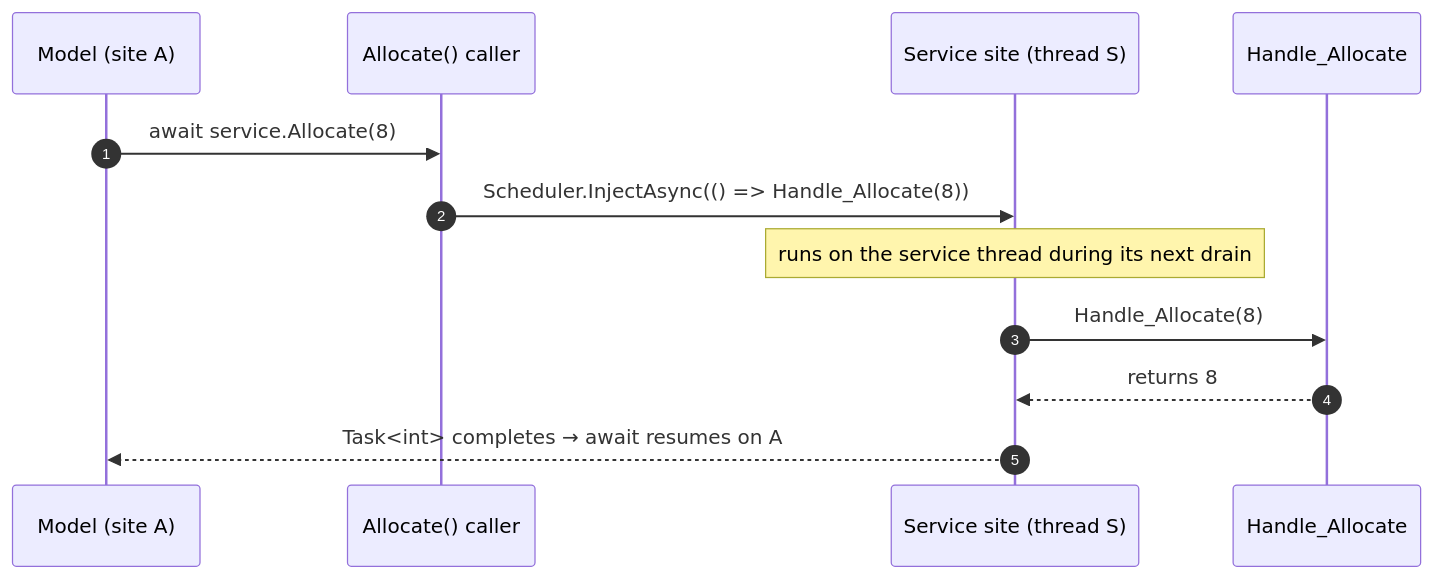
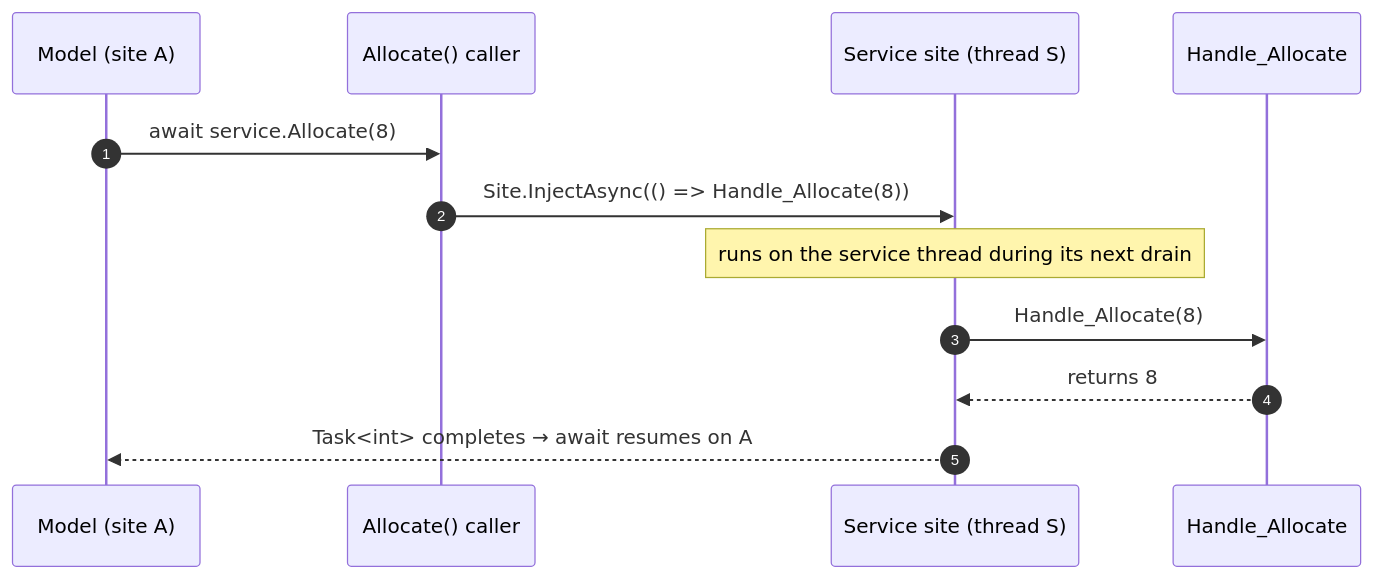
One commit to SimulaSharp-org/simulasharp-docs changed the fourth of 6 diagrams in public/content/services.md. Above: the diagram before and after it, drawn with Mermaid. The commit also changed other lines of this file and 8 other files, not shown here.

````diff
--- a/public/content/services.md
+++ b/public/content/services.md
@@ -178,14 +187,14 @@
 ```mermaid
 sequenceDiagram
   autonumber
   participant M as Model (site A)
   participant Caller as Allocate() caller
   participant SvcSite as Service site (thread S)
   participant H as Handle_Allocate
   M->>Caller: await service.Allocate(8)
-  Caller->>SvcSite: Scheduler.InjectAsync(() => Handle_Allocate(8))
+  Caller->>SvcSite: Site.InjectAsync(() => Handle_Allocate(8))
   Note over SvcSite: runs on the service thread during its next drain
   SvcSite->>H: Handle_Allocate(8)
   H-->>SvcSite: returns 8
   SvcSite-->>M: Task<int> completes → await resumes on A
 ```
````
